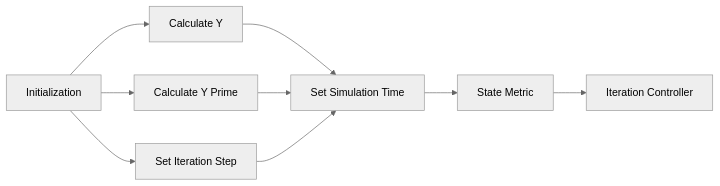
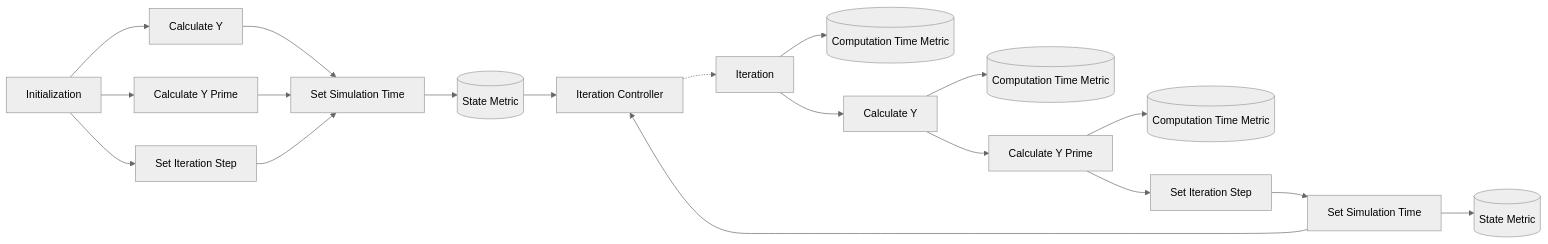
One commit to SeanMcOwen/Root-Finding-Simulation changed the diagram in GDS/GDS.md. Above: the diagram before and after it, drawn with Mermaid (neutral theme). The commit also changed other lines of this file, not shown here.

Commit message:
Finish basic diagram

````diff
--- a/GDS/GDS.md
+++ b/GDS/GDS.md
@@ -3,11 +3,21 @@
 ```mermaid
 graph LR
-I[Initialization]-->Y1[Calculate Y]
-I-->YP1[Calculate Y Prime]
-I-->SIS1[Set Iteration Step]
+IN[Initialization]-->Y1[Calculate Y]
+IN-->YP1[Calculate Y Prime]
+IN-->SIS1[Set Iteration Step]
 Y1-->SST1[Set Simulation Time]
 YP1-->SST1
 SIS1-->SST1
-SST1-->SM1[State Metric]
+SST1-->SM1[(State Metric)]
 SM1-->IC[Iteration Controller]
+IC-.->I[Iteration]
+I-->CT1[(Computation Time Metric)]
+I-->Y2[Calculate Y]
+Y2-->CT2[(Computation Time Metric)]
+Y2-->YP2[Calculate Y Prime]
+YP2-->CT3[(Computation Time Metric)]
+YP2-->SIS2[Set Iteration Step]
+SIS2-->SST2[Set Simulation Time]
+SST2-->SM2[(State Metric)]
+SST2-->IC
 ```
````
